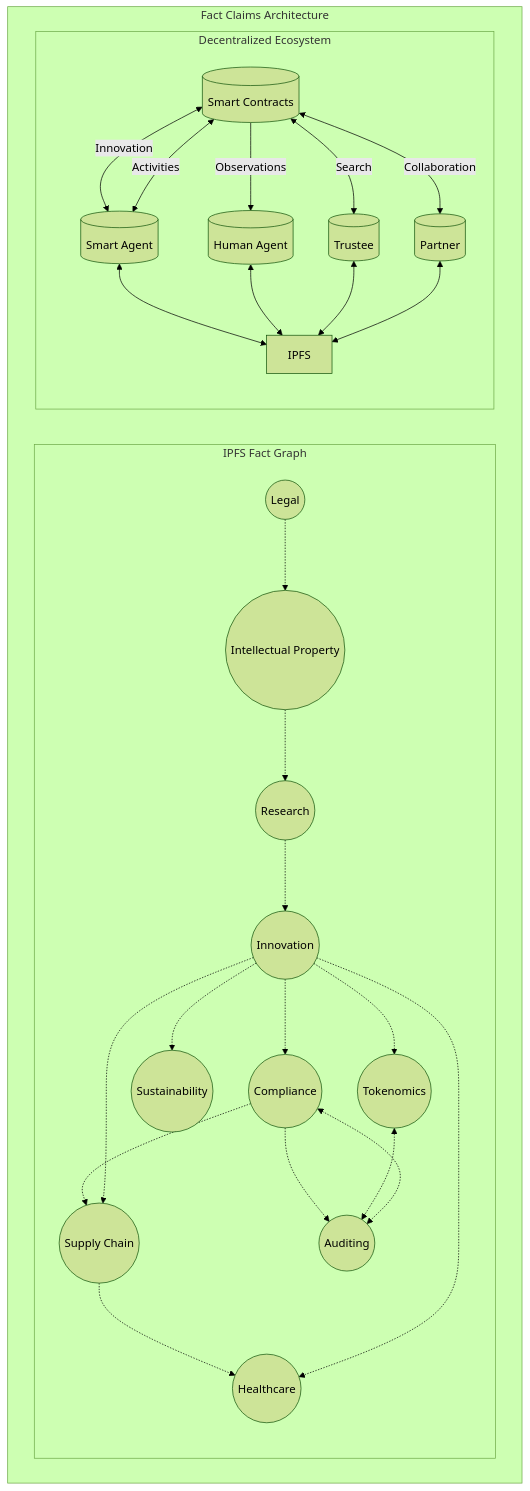
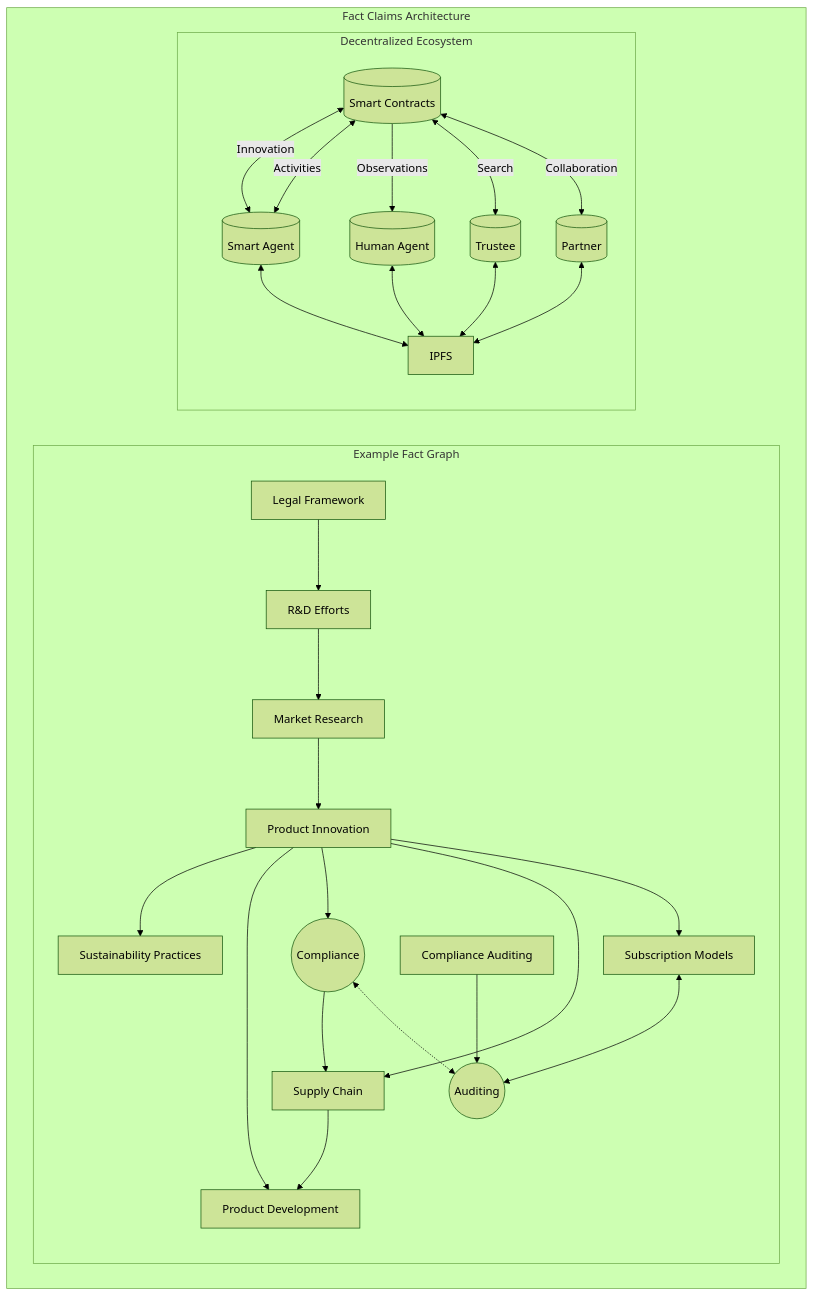
One commit to fact-claims/fact.claims changed the diagram in www/content/paper/index.md. Above: the diagram before and after it, drawn with Mermaid (forest theme).

````diff
--- a/www/content/paper/index.md
+++ b/www/content/paper/index.md
@@ -74,38 +74,38 @@
 ```mermaid
 flowchart TB
     subgraph "Fact Claims Architecture"
-        subgraph "IPFS Fact Graph"
-            Regulatory -.-> Supply_Chain((Supply Chain))
-            Supply_Chain -.-> Healthcare((Healthcare))
-            IP((Intellectual Property)) -.-> Research((Research))
-            Research -.-> Innovation((Innovation))
-            Innovation -.-> Sustainability((Sustainability))
-            Innovation -.-> Healthcare((Healthcare))
-            Innovation -.-> Regulatory((Regulatory))
-            Innovation -.-> Supply_Chain((Supply Chain))
-            Innovation -.-> Tokenomics((Tokenomics))
-            Legal((Legal)) -.-> IP
-            Regulatory((Compliance)) -.-> Auditing((Auditing))
-            Tokenomics <-.-> Auditing((Auditing))
+        subgraph "Example Fact Graph"
+            Regulatory[Regulatory Compliance] --> Supply_Chain[Supply Chain]
+            Supply_Chain --> Products[Product Development]
+            RnD[R&D Efforts] --> Research[Market Research]
+            Research --> Innovation[Product Innovation]
+            Innovation --> Sustainability[Sustainability Practices]
+            Innovation --> Products
+            Innovation --> Regulatory
+            Innovation --> Supply_Chain
+            Innovation --> Tokenomics[Subscription Models]
+            Legal[Legal Framework] --> RnD
+            Compliance[Compliance Auditing] --> Auditing[Auditing Processes]
+            Tokenomics <--> Auditing
         end
 
         subgraph "Decentralized Ecosystem"
             SC[(Smart Contracts)]
             agent1[(Smart Agent)]
             agent2[(Human Agent)]
             trustee1[(Trustee)]
             partner1[(Partner)]
             Regulatory((Compliance)) <-.-> Auditing((Auditing))
             SC <-->|Innovation| agent1
             SC <-->|Activities| agent1
             SC -->|Observations| agent2
             SC <-->|Search| trustee1
             SC <-->|Collaboration| partner1
             agent1 <--> IPFS
             agent2 <--> IPFS
             trustee1 <--> IPFS
             partner1 <--> IPFS
         end
 
     end
 ```
````
